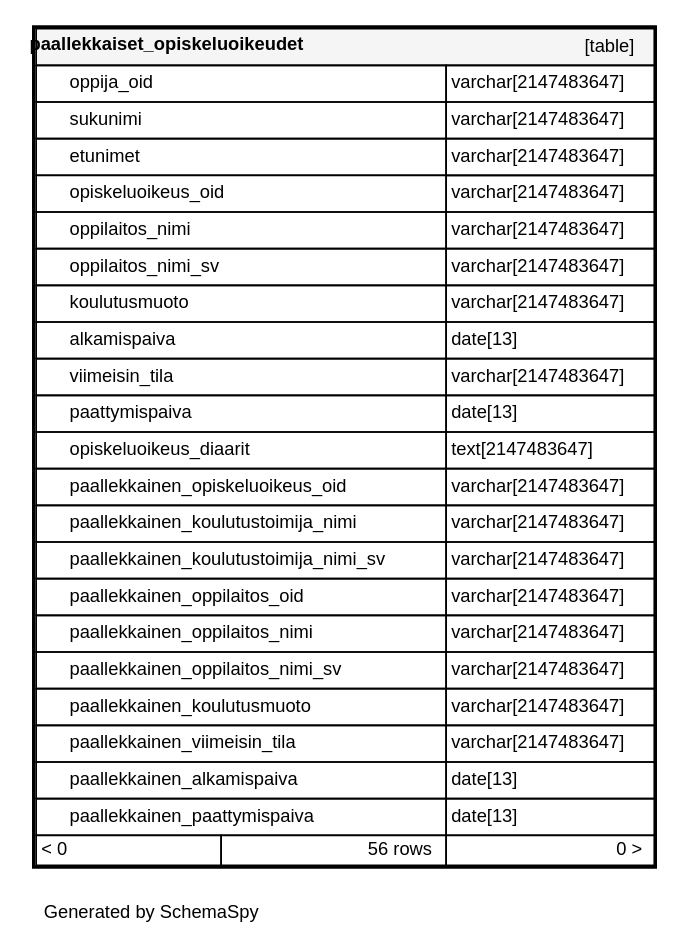
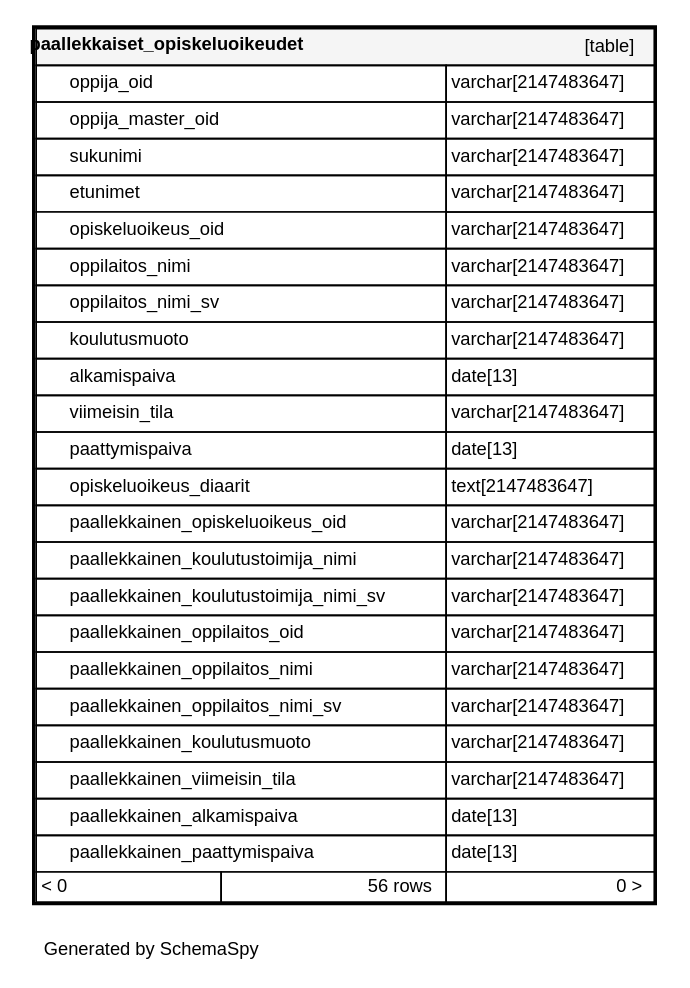
Before and after one commit to Opetushallitus/koski: the diagram in documentation/tietokantaskeemat/koski-raportointikanta/diagrams/tables/paallekkaiset_opiskeluoikeudet.1degree.dot, drawn with Graphviz. The commit also changed 44 other files, not shown here.

```diff
--- a/documentation/tietokantaskeemat/koski-raportointikanta/diagrams/tables/paallekkaiset_opiskeluoikeudet.1degree.dot
+++ b/documentation/tietokantaskeemat/koski-raportointikanta/diagrams/tables/paallekkaiset_opiskeluoikeudet.1degree.dot
@@ -1,34 +1,35 @@
 digraph "oneDegreeRelationshipsDiagram" {
   graph [    rankdir="RL"    bgcolor="#ffffff"    label="\nGenerated by SchemaSpy"    labeljust="l"    nodesep="0.18"    ranksep="0.46"    fontname="Helvetica"    fontsize="11"    ration="compress"  ];  node [    fontname="Helvetica"    fontsize="11"    shape="plaintext"  ];  edge [    arrowsize="0.8"  ];
   "paallekkaiset_opiskeluoikeudet" [
    label=<
     <TABLE BORDER="2" CELLBORDER="1" CELLSPACING="0" BGCOLOR="#ffffff">
       <TR><TD COLSPAN="4"  BGCOLOR="#f5f5f5"><TABLE BORDER="0" CELLSPACING="0"><TR><TD ALIGN="LEFT" FIXEDSIZE="TRUE" WIDTH="179" HEIGHT="16"><B>paallekkaiset_opiskeluoikeudet</B></TD><TD ALIGN="RIGHT">[table]</TD></TR></TABLE></TD></TR>
       <TR><TD PORT="oppija_oid" COLSPAN="2" ALIGN="LEFT"><TABLE BORDER="0" CELLSPACING="0" ALIGN="LEFT"><TR ALIGN="LEFT"><TD ALIGN="LEFT" FIXEDSIZE="TRUE" WIDTH="15" HEIGHT="16"></TD><TD ALIGN="LEFT" FIXEDSIZE="TRUE" WIDTH="225" HEIGHT="16">oppija_oid</TD></TR></TABLE></TD><TD PORT="oppija_oid.type" ALIGN="LEFT">varchar[2147483647]</TD></TR>
+      <TR><TD PORT="oppija_master_oid" COLSPAN="2" ALIGN="LEFT"><TABLE BORDER="0" CELLSPACING="0" ALIGN="LEFT"><TR ALIGN="LEFT"><TD ALIGN="LEFT" FIXEDSIZE="TRUE" WIDTH="15" HEIGHT="16"></TD><TD ALIGN="LEFT" FIXEDSIZE="TRUE" WIDTH="225" HEIGHT="16">oppija_master_oid</TD></TR></TABLE></TD><TD PORT="oppija_master_oid.type" ALIGN="LEFT">varchar[2147483647]</TD></TR>
       <TR><TD PORT="sukunimi" COLSPAN="2" ALIGN="LEFT"><TABLE BORDER="0" CELLSPACING="0" ALIGN="LEFT"><TR ALIGN="LEFT"><TD ALIGN="LEFT" FIXEDSIZE="TRUE" WIDTH="15" HEIGHT="16"></TD><TD ALIGN="LEFT" FIXEDSIZE="TRUE" WIDTH="225" HEIGHT="16">sukunimi</TD></TR></TABLE></TD><TD PORT="sukunimi.type" ALIGN="LEFT">varchar[2147483647]</TD></TR>
       <TR><TD PORT="etunimet" COLSPAN="2" ALIGN="LEFT"><TABLE BORDER="0" CELLSPACING="0" ALIGN="LEFT"><TR ALIGN="LEFT"><TD ALIGN="LEFT" FIXEDSIZE="TRUE" WIDTH="15" HEIGHT="16"></TD><TD ALIGN="LEFT" FIXEDSIZE="TRUE" WIDTH="225" HEIGHT="16">etunimet</TD></TR></TABLE></TD><TD PORT="etunimet.type" ALIGN="LEFT">varchar[2147483647]</TD></TR>
       <TR><TD PORT="opiskeluoikeus_oid" COLSPAN="2" BGCOLOR="#ffffff" ALIGN="LEFT"><TABLE BORDER="0" CELLSPACING="0" ALIGN="LEFT"><TR ALIGN="LEFT"><TD ALIGN="LEFT" FIXEDSIZE="TRUE" WIDTH="15" HEIGHT="16"></TD><TD ALIGN="LEFT" FIXEDSIZE="TRUE" WIDTH="225" HEIGHT="16">opiskeluoikeus_oid</TD></TR></TABLE></TD><TD PORT="opiskeluoikeus_oid.type" ALIGN="LEFT">varchar[2147483647]</TD></TR>
       <TR><TD PORT="oppilaitos_nimi" COLSPAN="2" ALIGN="LEFT"><TABLE BORDER="0" CELLSPACING="0" ALIGN="LEFT"><TR ALIGN="LEFT"><TD ALIGN="LEFT" FIXEDSIZE="TRUE" WIDTH="15" HEIGHT="16"></TD><TD ALIGN="LEFT" FIXEDSIZE="TRUE" WIDTH="225" HEIGHT="16">oppilaitos_nimi</TD></TR></TABLE></TD><TD PORT="oppilaitos_nimi.type" ALIGN="LEFT">varchar[2147483647]</TD></TR>
       <TR><TD PORT="oppilaitos_nimi_sv" COLSPAN="2" ALIGN="LEFT"><TABLE BORDER="0" CELLSPACING="0" ALIGN="LEFT"><TR ALIGN="LEFT"><TD ALIGN="LEFT" FIXEDSIZE="TRUE" WIDTH="15" HEIGHT="16"></TD><TD ALIGN="LEFT" FIXEDSIZE="TRUE" WIDTH="225" HEIGHT="16">oppilaitos_nimi_sv</TD></TR></TABLE></TD><TD PORT="oppilaitos_nimi_sv.type" ALIGN="LEFT">varchar[2147483647]</TD></TR>
       <TR><TD PORT="koulutusmuoto" COLSPAN="2" ALIGN="LEFT"><TABLE BORDER="0" CELLSPACING="0" ALIGN="LEFT"><TR ALIGN="LEFT"><TD ALIGN="LEFT" FIXEDSIZE="TRUE" WIDTH="15" HEIGHT="16"></TD><TD ALIGN="LEFT" FIXEDSIZE="TRUE" WIDTH="225" HEIGHT="16">koulutusmuoto</TD></TR></TABLE></TD><TD PORT="koulutusmuoto.type" ALIGN="LEFT">varchar[2147483647]</TD></TR>
       <TR><TD PORT="alkamispaiva" COLSPAN="2" ALIGN="LEFT"><TABLE BORDER="0" CELLSPACING="0" ALIGN="LEFT"><TR ALIGN="LEFT"><TD ALIGN="LEFT" FIXEDSIZE="TRUE" WIDTH="15" HEIGHT="16"></TD><TD ALIGN="LEFT" FIXEDSIZE="TRUE" WIDTH="225" HEIGHT="16">alkamispaiva</TD></TR></TABLE></TD><TD PORT="alkamispaiva.type" ALIGN="LEFT">date[13]</TD></TR>
       <TR><TD PORT="viimeisin_tila" COLSPAN="2" ALIGN="LEFT"><TABLE BORDER="0" CELLSPACING="0" ALIGN="LEFT"><TR ALIGN="LEFT"><TD ALIGN="LEFT" FIXEDSIZE="TRUE" WIDTH="15" HEIGHT="16"></TD><TD ALIGN="LEFT" FIXEDSIZE="TRUE" WIDTH="225" HEIGHT="16">viimeisin_tila</TD></TR></TABLE></TD><TD PORT="viimeisin_tila.type" ALIGN="LEFT">varchar[2147483647]</TD></TR>
       <TR><TD PORT="paattymispaiva" COLSPAN="2" ALIGN="LEFT"><TABLE BORDER="0" CELLSPACING="0" ALIGN="LEFT"><TR ALIGN="LEFT"><TD ALIGN="LEFT" FIXEDSIZE="TRUE" WIDTH="15" HEIGHT="16"></TD><TD ALIGN="LEFT" FIXEDSIZE="TRUE" WIDTH="225" HEIGHT="16">paattymispaiva</TD></TR></TABLE></TD><TD PORT="paattymispaiva.type" ALIGN="LEFT">date[13]</TD></TR>
       <TR><TD PORT="opiskeluoikeus_diaarit" COLSPAN="2" ALIGN="LEFT"><TABLE BORDER="0" CELLSPACING="0" ALIGN="LEFT"><TR ALIGN="LEFT"><TD ALIGN="LEFT" FIXEDSIZE="TRUE" WIDTH="15" HEIGHT="16"></TD><TD ALIGN="LEFT" FIXEDSIZE="TRUE" WIDTH="225" HEIGHT="16">opiskeluoikeus_diaarit</TD></TR></TABLE></TD><TD PORT="opiskeluoikeus_diaarit.type" ALIGN="LEFT">text[2147483647]</TD></TR>
       <TR><TD PORT="paallekkainen_opiskeluoikeus_oid" COLSPAN="2" ALIGN="LEFT"><TABLE BORDER="0" CELLSPACING="0" ALIGN="LEFT"><TR ALIGN="LEFT"><TD ALIGN="LEFT" FIXEDSIZE="TRUE" WIDTH="15" HEIGHT="16"></TD><TD ALIGN="LEFT" FIXEDSIZE="TRUE" WIDTH="225" HEIGHT="16">paallekkainen_opiskeluoikeus_oid</TD></TR></TABLE></TD><TD PORT="paallekkainen_opiskeluoikeus_oid.type" ALIGN="LEFT">varchar[2147483647]</TD></TR>
       <TR><TD PORT="paallekkainen_koulutustoimija_nimi" COLSPAN="2" ALIGN="LEFT"><TABLE BORDER="0" CELLSPACING="0" ALIGN="LEFT"><TR ALIGN="LEFT"><TD ALIGN="LEFT" FIXEDSIZE="TRUE" WIDTH="15" HEIGHT="16"></TD><TD ALIGN="LEFT" FIXEDSIZE="TRUE" WIDTH="225" HEIGHT="16">paallekkainen_koulutustoimija_nimi</TD></TR></TABLE></TD><TD PORT="paallekkainen_koulutustoimija_nimi.type" ALIGN="LEFT">varchar[2147483647]</TD></TR>
       <TR><TD PORT="paallekkainen_koulutustoimija_nimi_sv" COLSPAN="2" ALIGN="LEFT"><TABLE BORDER="0" CELLSPACING="0" ALIGN="LEFT"><TR ALIGN="LEFT"><TD ALIGN="LEFT" FIXEDSIZE="TRUE" WIDTH="15" HEIGHT="16"></TD><TD ALIGN="LEFT" FIXEDSIZE="TRUE" WIDTH="225" HEIGHT="16">paallekkainen_koulutustoimija_nimi_sv</TD></TR></TABLE></TD><TD PORT="paallekkainen_koulutustoimija_nimi_sv.type" ALIGN="LEFT">varchar[2147483647]</TD></TR>
       <TR><TD PORT="paallekkainen_oppilaitos_oid" COLSPAN="2" ALIGN="LEFT"><TABLE BORDER="0" CELLSPACING="0" ALIGN="LEFT"><TR ALIGN="LEFT"><TD ALIGN="LEFT" FIXEDSIZE="TRUE" WIDTH="15" HEIGHT="16"></TD><TD ALIGN="LEFT" FIXEDSIZE="TRUE" WIDTH="225" HEIGHT="16">paallekkainen_oppilaitos_oid</TD></TR></TABLE></TD><TD PORT="paallekkainen_oppilaitos_oid.type" ALIGN="LEFT">varchar[2147483647]</TD></TR>
       <TR><TD PORT="paallekkainen_oppilaitos_nimi" COLSPAN="2" ALIGN="LEFT"><TABLE BORDER="0" CELLSPACING="0" ALIGN="LEFT"><TR ALIGN="LEFT"><TD ALIGN="LEFT" FIXEDSIZE="TRUE" WIDTH="15" HEIGHT="16"></TD><TD ALIGN="LEFT" FIXEDSIZE="TRUE" WIDTH="225" HEIGHT="16">paallekkainen_oppilaitos_nimi</TD></TR></TABLE></TD><TD PORT="paallekkainen_oppilaitos_nimi.type" ALIGN="LEFT">varchar[2147483647]</TD></TR>
       <TR><TD PORT="paallekkainen_oppilaitos_nimi_sv" COLSPAN="2" ALIGN="LEFT"><TABLE BORDER="0" CELLSPACING="0" ALIGN="LEFT"><TR ALIGN="LEFT"><TD ALIGN="LEFT" FIXEDSIZE="TRUE" WIDTH="15" HEIGHT="16"></TD><TD ALIGN="LEFT" FIXEDSIZE="TRUE" WIDTH="225" HEIGHT="16">paallekkainen_oppilaitos_nimi_sv</TD></TR></TABLE></TD><TD PORT="paallekkainen_oppilaitos_nimi_sv.type" ALIGN="LEFT">varchar[2147483647]</TD></TR>
       <TR><TD PORT="paallekkainen_koulutusmuoto" COLSPAN="2" ALIGN="LEFT"><TABLE BORDER="0" CELLSPACING="0" ALIGN="LEFT"><TR ALIGN="LEFT"><TD ALIGN="LEFT" FIXEDSIZE="TRUE" WIDTH="15" HEIGHT="16"></TD><TD ALIGN="LEFT" FIXEDSIZE="TRUE" WIDTH="225" HEIGHT="16">paallekkainen_koulutusmuoto</TD></TR></TABLE></TD><TD PORT="paallekkainen_koulutusmuoto.type" ALIGN="LEFT">varchar[2147483647]</TD></TR>
       <TR><TD PORT="paallekkainen_viimeisin_tila" COLSPAN="2" ALIGN="LEFT"><TABLE BORDER="0" CELLSPACING="0" ALIGN="LEFT"><TR ALIGN="LEFT"><TD ALIGN="LEFT" FIXEDSIZE="TRUE" WIDTH="15" HEIGHT="16"></TD><TD ALIGN="LEFT" FIXEDSIZE="TRUE" WIDTH="225" HEIGHT="16">paallekkainen_viimeisin_tila</TD></TR></TABLE></TD><TD PORT="paallekkainen_viimeisin_tila.type" ALIGN="LEFT">varchar[2147483647]</TD></TR>
       <TR><TD PORT="paallekkainen_alkamispaiva" COLSPAN="2" ALIGN="LEFT"><TABLE BORDER="0" CELLSPACING="0" ALIGN="LEFT"><TR ALIGN="LEFT"><TD ALIGN="LEFT" FIXEDSIZE="TRUE" WIDTH="15" HEIGHT="16"></TD><TD ALIGN="LEFT" FIXEDSIZE="TRUE" WIDTH="225" HEIGHT="16">paallekkainen_alkamispaiva</TD></TR></TABLE></TD><TD PORT="paallekkainen_alkamispaiva.type" ALIGN="LEFT">date[13]</TD></TR>
       <TR><TD PORT="paallekkainen_paattymispaiva" COLSPAN="2" ALIGN="LEFT"><TABLE BORDER="0" CELLSPACING="0" ALIGN="LEFT"><TR ALIGN="LEFT"><TD ALIGN="LEFT" FIXEDSIZE="TRUE" WIDTH="15" HEIGHT="16"></TD><TD ALIGN="LEFT" FIXEDSIZE="TRUE" WIDTH="225" HEIGHT="16">paallekkainen_paattymispaiva</TD></TR></TABLE></TD><TD PORT="paallekkainen_paattymispaiva.type" ALIGN="LEFT">date[13]</TD></TR>
       <TR><TD ALIGN="LEFT" BGCOLOR="#ffffff">&lt; 0</TD><TD ALIGN="RIGHT" BGCOLOR="#ffffff">56 rows</TD><TD ALIGN="RIGHT" BGCOLOR="#ffffff">0 &gt;</TD></TR>
     </TABLE>>
     URL="../../tables/paallekkaiset_opiskeluoikeudet.html"
     target="_top"
     tooltip="paallekkaiset_opiskeluoikeudet"
   ];
 }
```
